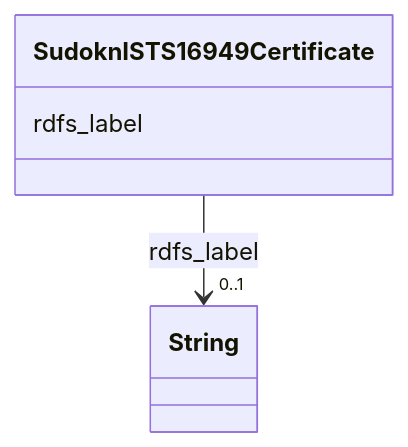
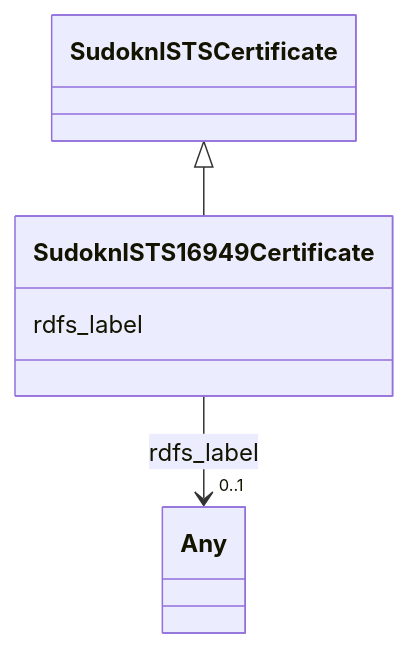
Before and after one commit to frink-okn/graph-descriptions: the diagram in sudokn-kg/classes/SudoknISTS16949Certificate.md, drawn with Mermaid. The commit also changed other lines of this file and 903 other files, not shown here.

````diff
--- a/sudokn-kg/classes/SudoknISTS16949Certificate.md
+++ b/sudokn-kg/classes/SudoknISTS16949Certificate.md
@@ -23,15 +18,18 @@
 ```mermaid
  classDiagram
     class SudoknISTS16949Certificate
     click SudoknISTS16949Certificate href "../SudoknISTS16949Certificate"
+      SudoknISTSCertificate <|-- SudoknISTS16949Certificate
+        click SudoknISTSCertificate href "../SudoknISTSCertificate"
+      
       SudoknISTS16949Certificate : rdfs_label
         
           
     
     
-    SudoknISTS16949Certificate --> "0..1" String : rdfs_label
-    click String href "../String"
+    SudoknISTS16949Certificate --> "0..1" Any : rdfs_label
+    click Any href "../Any"
 
         
       
 ```
````
